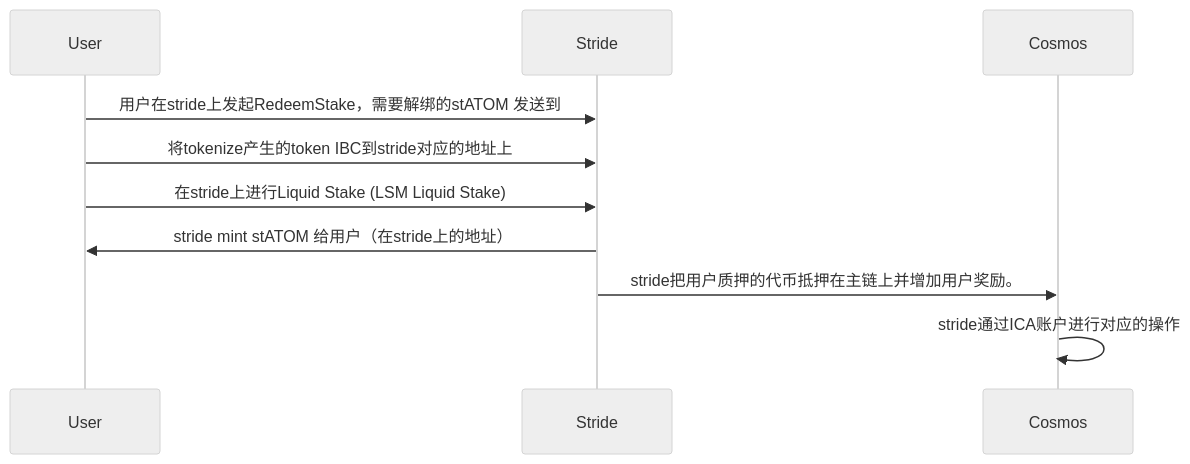
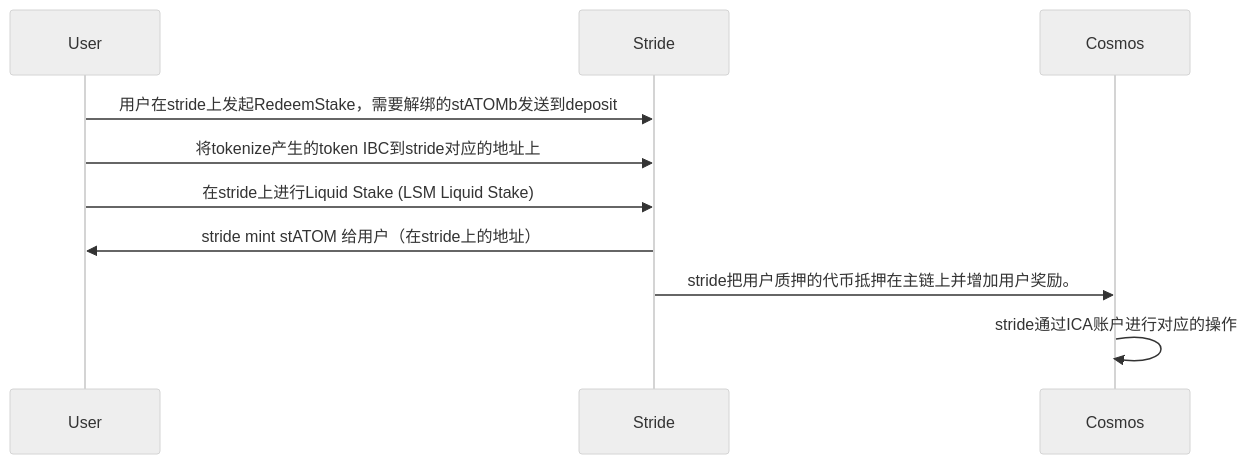
Before and after one commit to yingjianzh/iodraw-files: the diagram in all/unbonding.md, drawn with Mermaid (neutral theme).

Commit message:
2024-03-28 15:01:52 update

````diff
--- a/all/unbonding.md
+++ b/all/unbonding.md
@@ -1,9 +1,9 @@
 ```mermaid
 sequenceDiagram
-    User->>Stride: 用户在stride上发起RedeemStake，需要解绑的stATOM 发送到
+    User->>Stride: 用户在stride上发起RedeemStake，需要解绑的stATOMb发送到deposit
     User->>Stride: 将tokenize产生的token IBC到stride对应的地址上
     User->>Stride: 在stride上进行Liquid Stake (LSM Liquid Stake)
     Stride->>User: stride mint stATOM 给用户（在stride上的地址）
     Stride->>Cosmos: stride把用户质押的代币抵押在主链上并增加用户奖励。
     Cosmos->>Cosmos: stride通过ICA账户进行对应的操作
 ```
````
